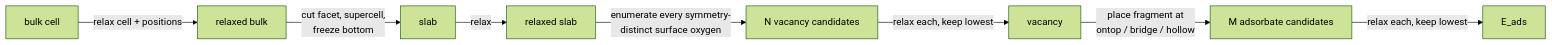
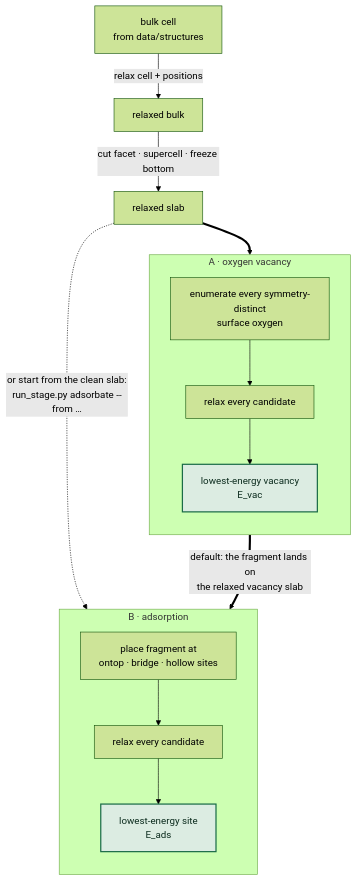
The diagram in README.md (dehydrogenated/oxideflow), drawn with Mermaid (forest theme) before and after one commit.

Commit message:
changes to mermaid

````diff
--- a/README.md
+++ b/README.md
@@ -17,10 +17,24 @@
 ```mermaid
-graph LR
-    A[bulk cell] -->|relax cell + positions| B[relaxed bulk]
-    B -->|cut facet, supercell,<br/>freeze bottom| C[slab]
-    C -->|relax| D[relaxed slab]
-    D -->|enumerate every symmetry-<br/>distinct surface oxygen| E[N vacancy candidates]
-    E -->|relax each, keep lowest| F[vacancy]
-    F -->|place fragment at<br/>ontop / bridge / hollow| G[M adsorbate candidates]
-    G -->|relax each, keep lowest| H[E_ads]
+graph TD
+    A["bulk cell<br/>from data/structures"] -->|"relax cell + positions"| B["relaxed bulk"]
+    B -->|"cut facet · supercell · freeze bottom"| C["relaxed slab"]
+
+    subgraph SA ["A · oxygen vacancy"]
+        direction TB
+        D["enumerate every symmetry-distinct<br/>surface oxygen"] --> E["relax every candidate"]
+        E --> F["lowest-energy vacancy<br/>E_vac"]
+    end
+
+    subgraph SB ["B · adsorption"]
+        direction TB
+        G["place fragment at<br/>ontop · bridge · hollow sites"] --> H["relax every candidate"]
+        H --> I["lowest-energy site<br/>E_ads"]
+    end
+
+    C ==> D
+    C -.->|"or start from the clean slab:<br/>run_stage.py adsorbate --from …"| G
+    F ==>|"default: the fragment lands on<br/>the relaxed vacancy slab"| G
+
+    classDef result fill:#dcece2,stroke:#1a6b47,stroke-width:2px,color:#0b2b1d
+    class F,I result
 ```
````
